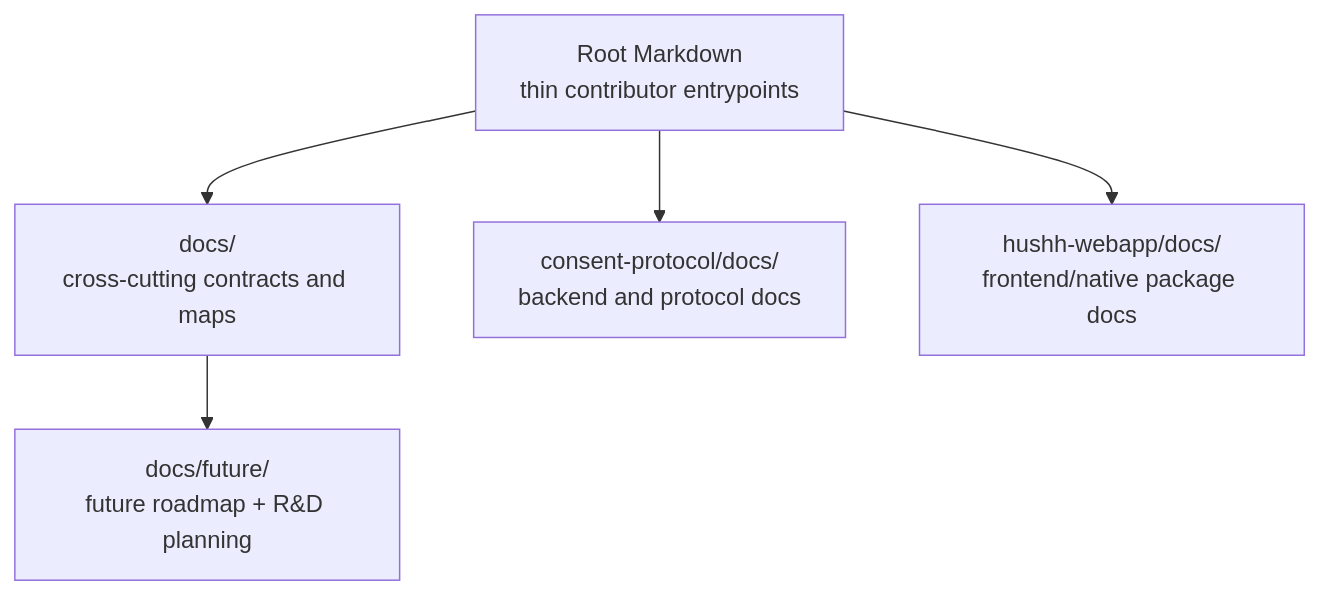
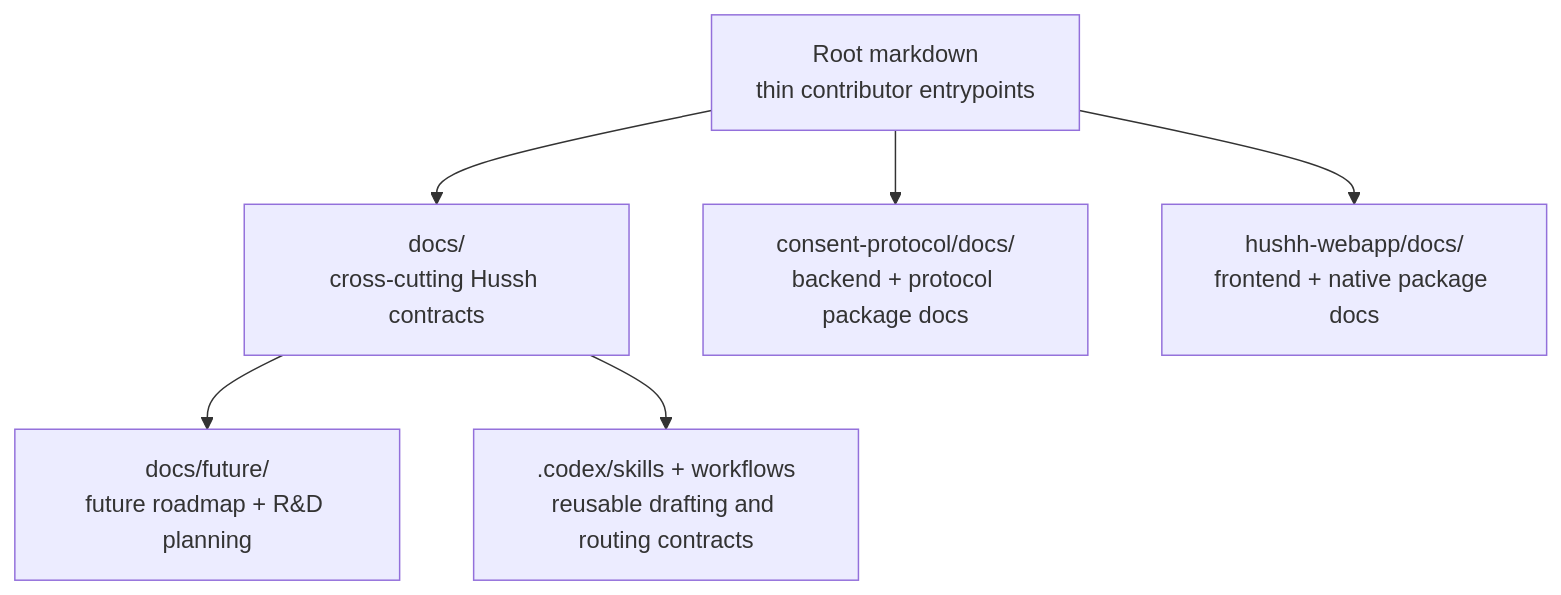
Before and after one commit to hushh-labs/hushh-research: the diagram in docs/reference/operations/documentation-architecture-map.md, drawn with Mermaid. The commit also changed other lines of this file and 245 other files, not shown here.

````diff
--- a/docs/reference/operations/documentation-architecture-map.md
+++ b/docs/reference/operations/documentation-architecture-map.md
@@ -5,13 +5,15 @@
 ```mermaid
 flowchart TB
-  root["Root Markdown<br/>thin contributor entrypoints"]
-  cross["docs/<br/>cross-cutting contracts and maps"]
+  root["Root markdown<br/>thin contributor entrypoints"]
+  cross["docs/<br/>cross-cutting Hussh contracts"]
   future["docs/future/<br/>future roadmap + R&D planning"]
-  protocol["consent-protocol/docs/<br/>backend and protocol docs"]
-  webapp["hushh-webapp/docs/<br/>frontend/native package docs"]
+  protocol["consent-protocol/docs/<br/>backend + protocol package docs"]
+  webapp["hushh-webapp/docs/<br/>frontend + native package docs"]
+  skills[".codex/skills + workflows<br/>reusable drafting and routing contracts"]
 
   root --> cross
   cross --> future
   root --> protocol
   root --> webapp
+  cross --> skills
 ```
````
